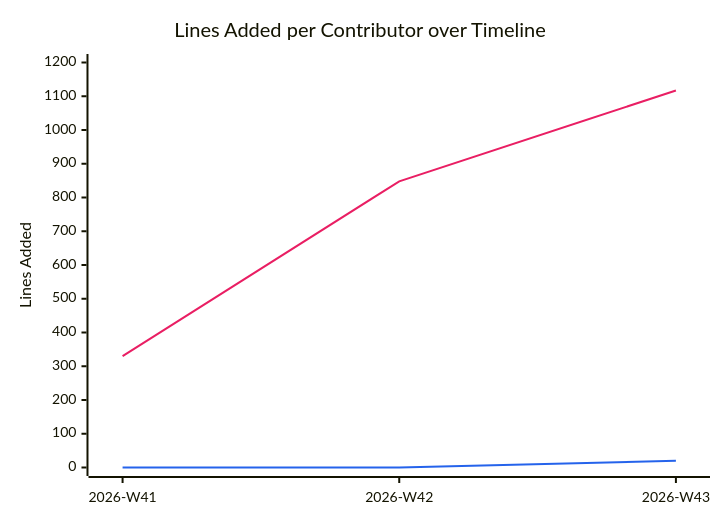
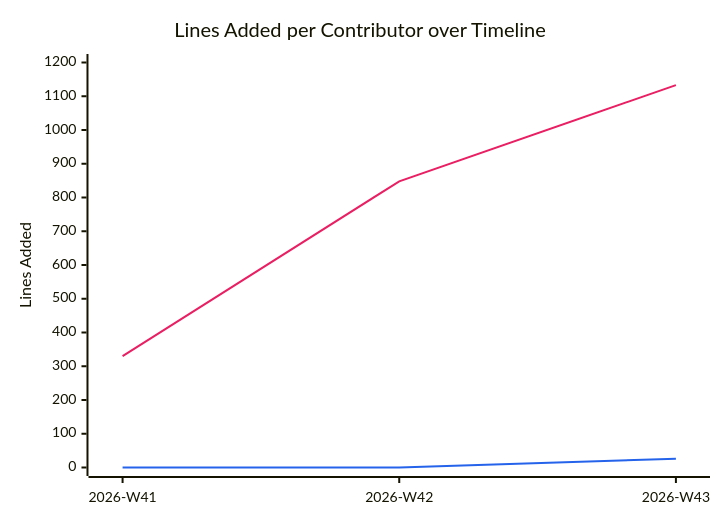
The diagram in documentation/snippets/management/code-additions.mmd (BeyondMagic/swe-template), drawn with Mermaid before and after one commit. The commit also changed 2 other files, not shown here.

```diff
--- a/documentation/snippets/management/code-additions.mmd
+++ b/documentation/snippets/management/code-additions.mmd
@@ -1,7 +1,7 @@
 %%{init: {"themeVariables": {"xyChart": {"plotColorPalette": "#e91e63, #2563eb"}}}}%%
 xychart-beta
     title "Lines Added per Contributor over Timeline"
     x-axis ["2026-W41", "2026-W42", "2026-W43"]
     y-axis "Lines Added" 0 --> 1200
-    line [330, 848, 1117]
-    line [0, 0, 20]
+    line [330, 848, 1133]
+    line [0, 0, 26]
```
